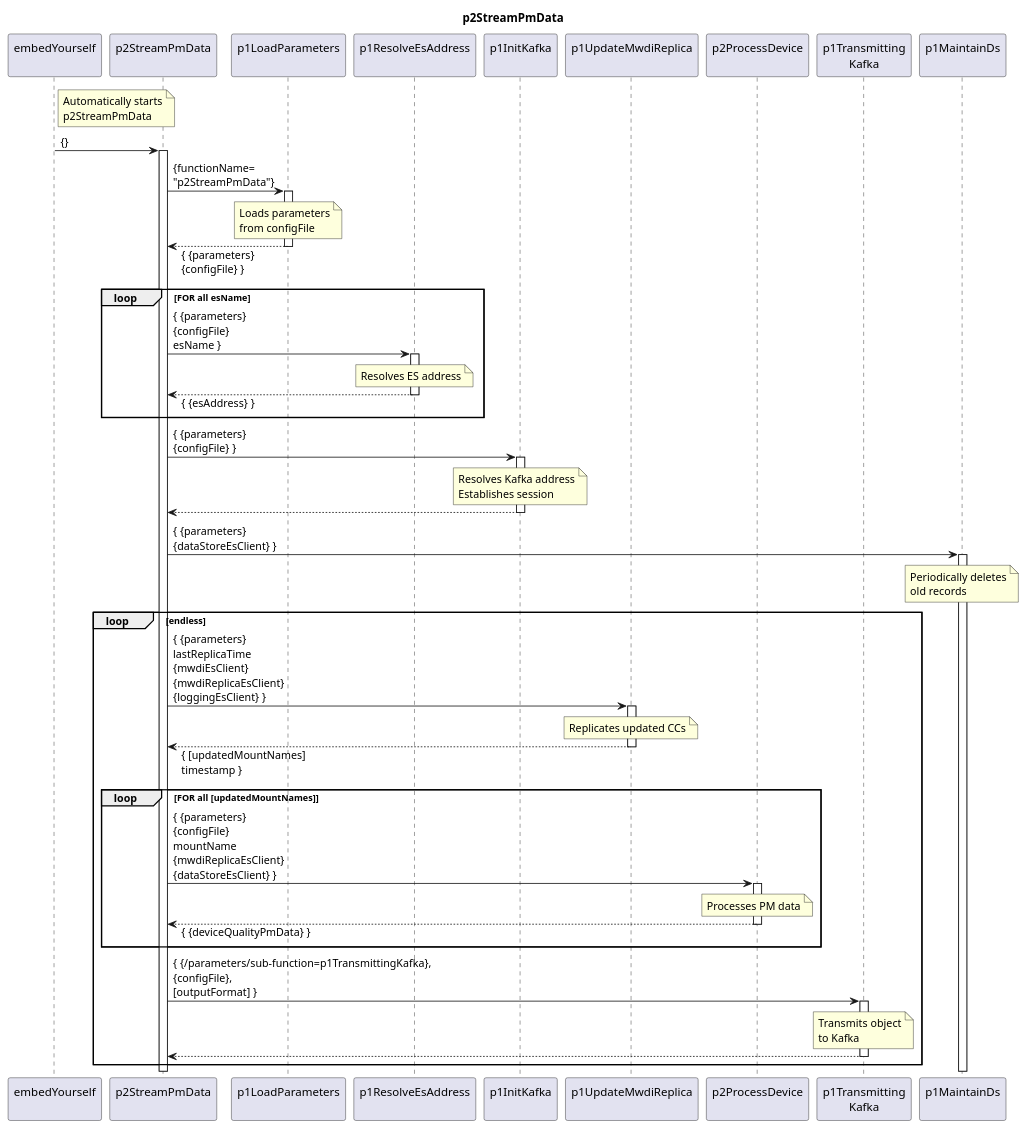
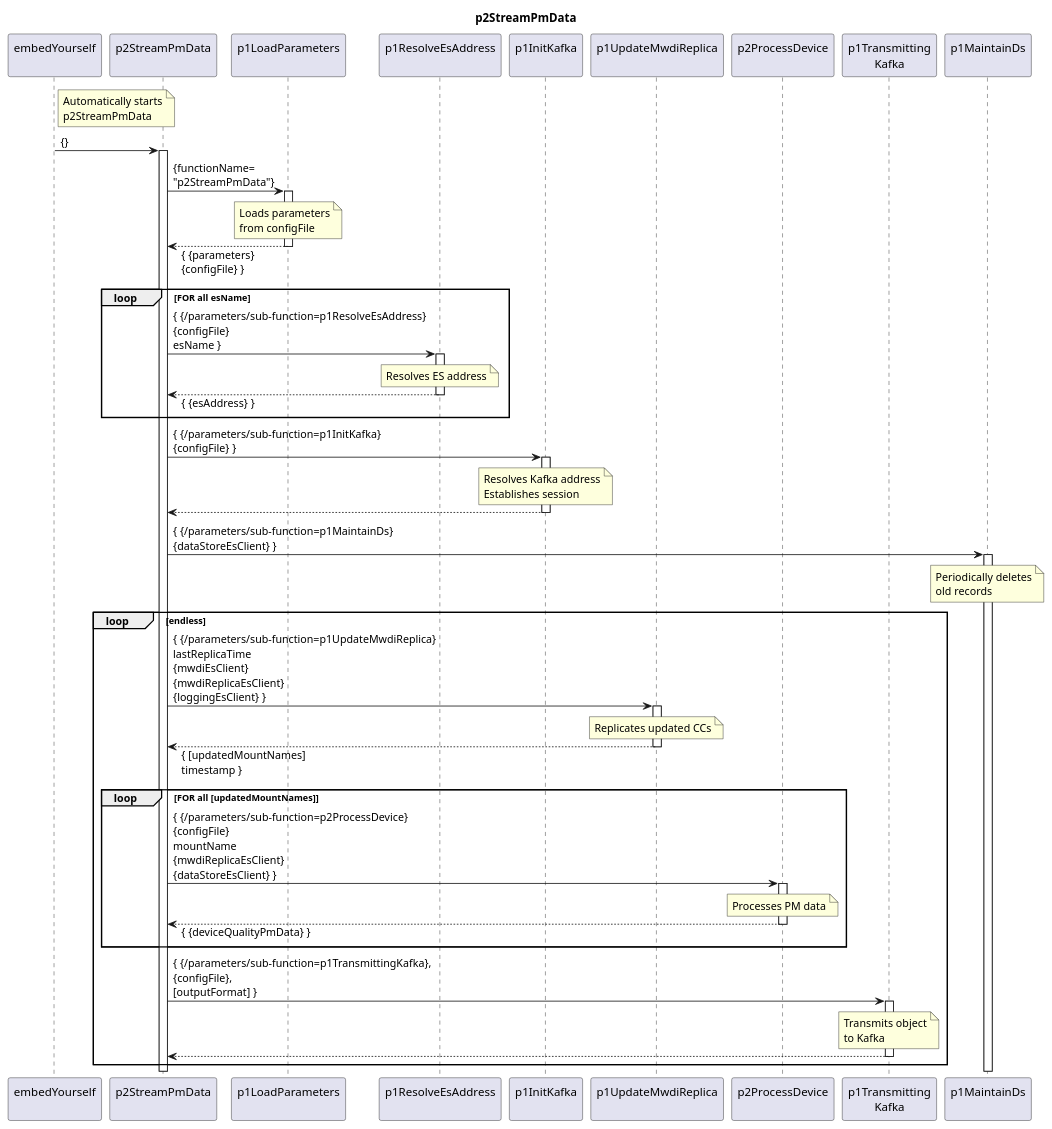
The diagram in spec/Functions/p2StreamPmData/1.0.0/p2StreamPmData.plantuml (openBackhaul/DevicePerformanceManagementDataProcessor), drawn with PlantUML before and after one commit. The commit also changed 33 other files, not shown here.

Commit message:
Review and finalize /provideDeviceDataStoreDump

```diff
--- a/spec/Functions/p2StreamPmData/1.0.0/p2StreamPmData.plantuml
+++ b/spec/Functions/p2StreamPmData/1.0.0/p2StreamPmData.plantuml
@@ -1,95 +1,95 @@
 @startuml p2StreamPmData
 skinparam responseMessageBelowArrow true
 
 title
   p2StreamPmData
 end title
 
 participant "embedYourself\n" as embed
 participant "p2StreamPmData\n" as p2Stream
 participant "p1LoadParameters\n" as p1LP
 participant "p1ResolveEsAddress\n" as p1REA
 participant "p1InitKafka\n" as p1InitKafka
 participant "p1UpdateMwdiReplica\n" as p1UMR
 participant "p2ProcessDevice\n" as p2ProcessDev
 participant "p1Transmitting\nKafka" as p1Trans
 participant "p1MaintainDs\n" as p1MDS
 
 note right embed
   Automatically starts
   p2StreamPmData
 end note
 embed -> p2Stream : {}
 activate p2Stream
 
   p2Stream -> p1LP : {functionName=\n"p2StreamPmData"}
   activate p1LP
     note over p1LP
       Loads parameters
       from configFile
     end note
   p2Stream <-- p1LP : { {parameters}\n{configFile} }
   deactivate p1LP
 
   Loop FOR all esName
-    p2Stream -> p1REA : { {parameters}\n{configFile}\nesName }
+    p2Stream -> p1REA : { {/parameters/sub-function=p1ResolveEsAddress}\n{configFile}\nesName }
     activate p1REA
       note over p1REA
         Resolves ES address
       end note
     p2Stream <-- p1REA : { {esAddress} }
     deactivate p1REA
   end Loop
 
-    p2Stream -> p1InitKafka : { {parameters}\n{configFile} }
+    p2Stream -> p1InitKafka : { {/parameters/sub-function=p1InitKafka}\n{configFile} }
     activate p1InitKafka
 
       note over p1InitKafka
         Resolves Kafka address
         Establishes session
       end note
 
     p2Stream <-- p1InitKafka
     deactivate p1InitKafka
 
-  p2Stream -> p1MDS : { {parameters}\n{dataStoreEsClient} }
+  p2Stream -> p1MDS : { {/parameters/sub-function=p1MaintainDs}\n{dataStoreEsClient} }
   activate p1MDS
     note over p1MDS
       Periodically deletes
       old records
     end note
 
   loop endless
 
-    p2Stream -> p1UMR : { {parameters}\nlastReplicaTime\n{mwdiEsClient}\n{mwdiReplicaEsClient}\n{loggingEsClient} }
+    p2Stream -> p1UMR : { {/parameters/sub-function=p1UpdateMwdiReplica}\nlastReplicaTime\n{mwdiEsClient}\n{mwdiReplicaEsClient}\n{loggingEsClient} }
     activate p1UMR
       note over p1UMR
         Replicates updated CCs
       end note
     p2Stream <-- p1UMR : { [updatedMountNames]\ntimestamp }
     deactivate p1UMR
 
     loop FOR all [updatedMountNames]
-      p2Stream -> p2ProcessDev : { {parameters}\n{configFile}\nmountName\n{mwdiReplicaEsClient}\n{dataStoreEsClient} }
+      p2Stream -> p2ProcessDev : { {/parameters/sub-function=p2ProcessDevice}\n{configFile}\nmountName\n{mwdiReplicaEsClient}\n{dataStoreEsClient} }
       activate p2ProcessDev
         note over p2ProcessDev
           Processes PM data
         end note
       p2Stream <-- p2ProcessDev: { {deviceQualityPmData} }
       deactivate p2ProcessDev
     end loop
   
   p2Stream -> p1Trans : { {/parameters/sub-function=p1TransmittingKafka},\n{configFile},\n[outputFormat] }
   activate p1Trans
 
     note over p1Trans
       Transmits object
       to Kafka
     end note
 
   p2Stream <-- p1Trans
   deactivate p1Trans
 
   end loop
 
 @enduml
```
